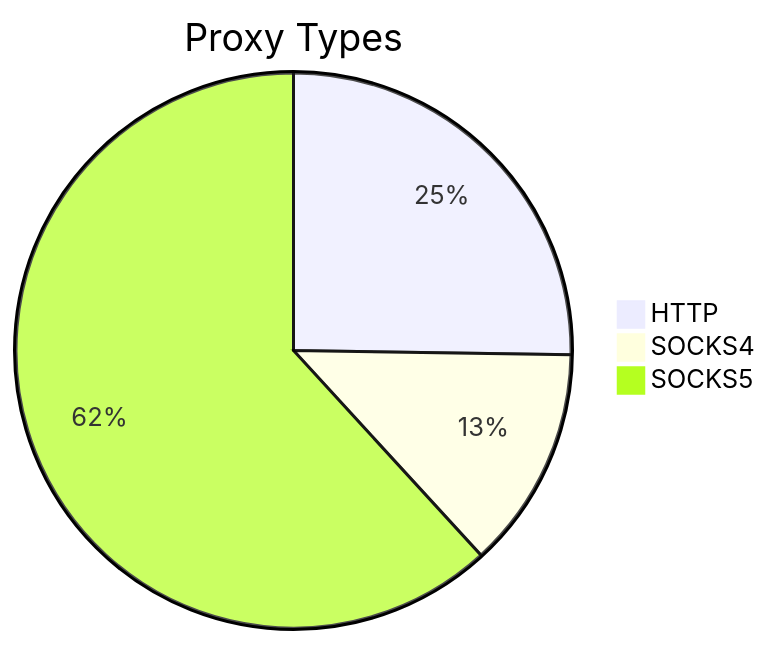
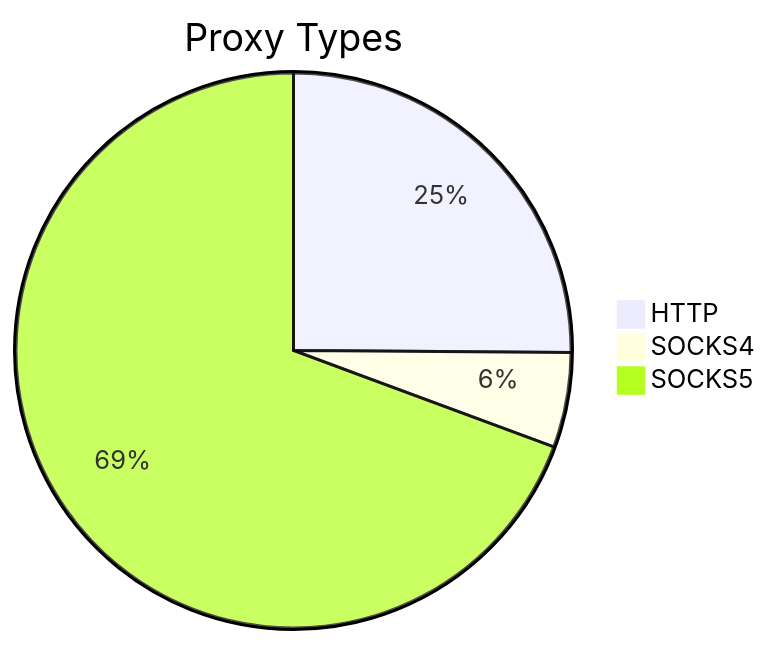
One commit to stormsia/proxy-list changed the first of 2 diagrams in README.md. Above: the diagram before and after it, drawn with Mermaid. The commit also changed other lines of this file, not shown here.

````diff
--- a/README.md
+++ b/README.md
@@ -21,6 +21,6 @@
 ```mermaid
 pie title Proxy Types
-    "HTTP" : 154
-    "SOCKS4" : 79
-    "SOCKS5" : 377
+    "HTTP" : 109
+    "SOCKS4" : 24
+    "SOCKS5" : 301
 ```
````
